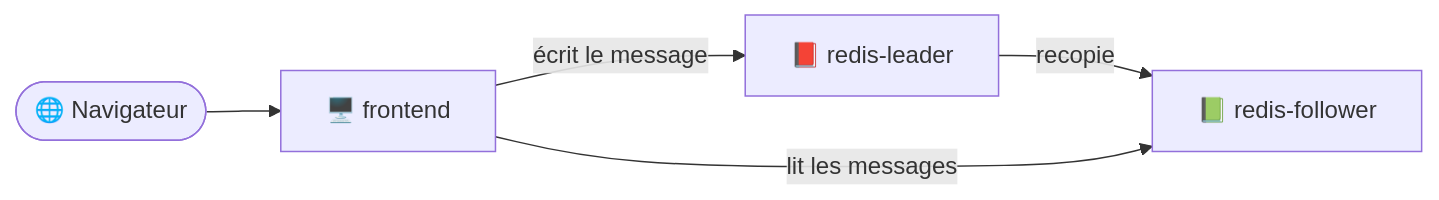
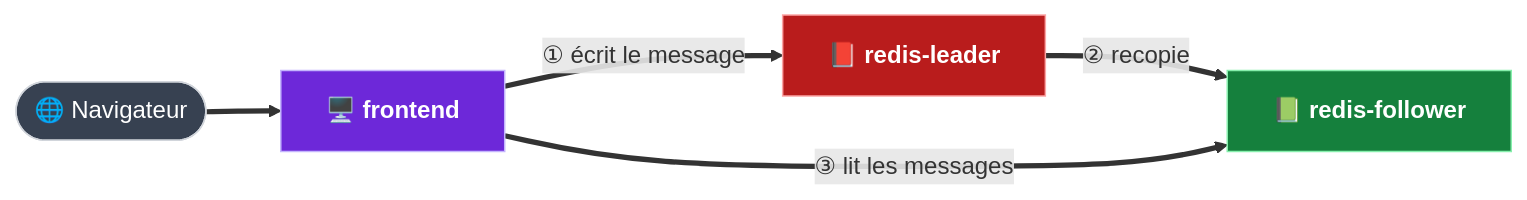
Before and after one commit to MartinFraysse/cloud-ia-project: the second of 3 diagrams in Project-2/docs/02-constater-le-probleme.md, drawn with Mermaid. The commit also changed other lines of this file and 4 other files, not shown here.

````diff
--- a/Project-2/docs/02-constater-le-probleme.md
+++ b/Project-2/docs/02-constater-le-probleme.md
@@ -140,7 +148,16 @@
 ```mermaid
 flowchart LR
-    N([🌐 Navigateur]) --> F["🖥️ frontend"]
-    F -->|écrit le message| L["📕 redis-leader"]
-    L -->|recopie| R["📗 redis-follower"]
-    F -->|lit les messages| R
+    N(["🌐 Navigateur"]) ==> F["🖥️ <b>frontend</b>"]
+    F ==>|"① écrit le message"| L["📕 <b>redis-leader</b>"]
+    L ==>|"② recopie"| R["📗 <b>redis-follower</b>"]
+    F ==>|"③ lit les messages"| R
+
+    classDef user fill:#374151,stroke:#d1d5db,color:#fff
+    classDef fe fill:#6d28d9,stroke:#c4b5fd,color:#fff
+    classDef leader fill:#b91c1c,stroke:#fca5a5,color:#fff
+    classDef follower fill:#15803d,stroke:#86efac,color:#fff
+    class N user
+    class F fe
+    class L leader
+    class R follower
 ```
````
